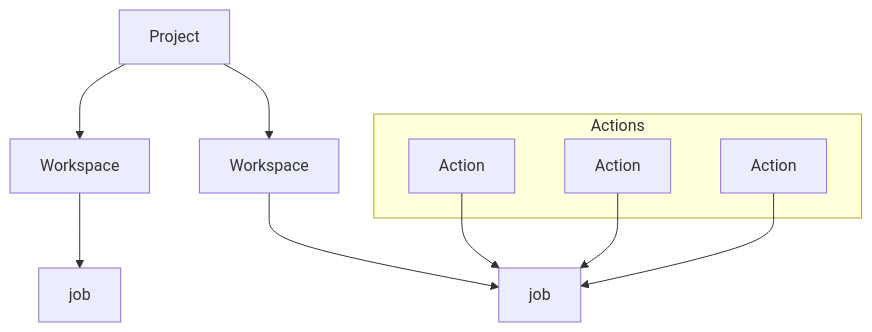
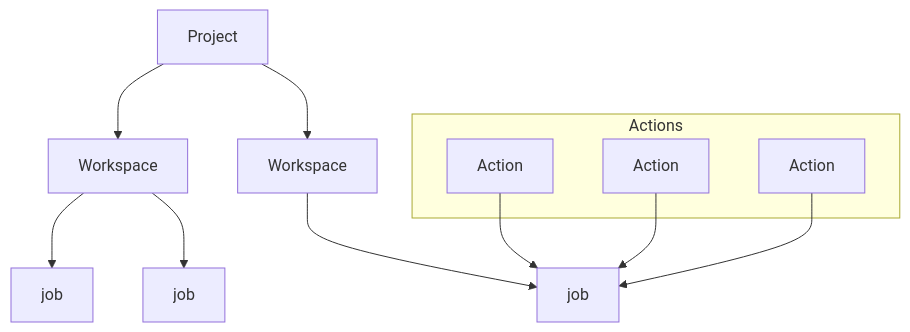
Before and after one commit to opensafely/documentation: the diagram in docs/jobs-site.md, drawn with Mermaid. The commit also changed other lines of this file, not shown here.

````diff
--- a/docs/jobs-site.md
+++ b/docs/jobs-site.md
@@ -11,15 +11,16 @@
 ```mermaid
 graph TD
     A[Project] --> B[Workspace]
     A --> C[Workspace]
     B --> D[job]
     C --> E[job]
+    B --> F[job]
     subgraph Actions[Actions]
       Action_1[Action]
       Action_2[Action]
       Action_3[Action]
     end
     Action_1 --> E
     Action_2 --> E
     Action_3 --> E
 ```
````
